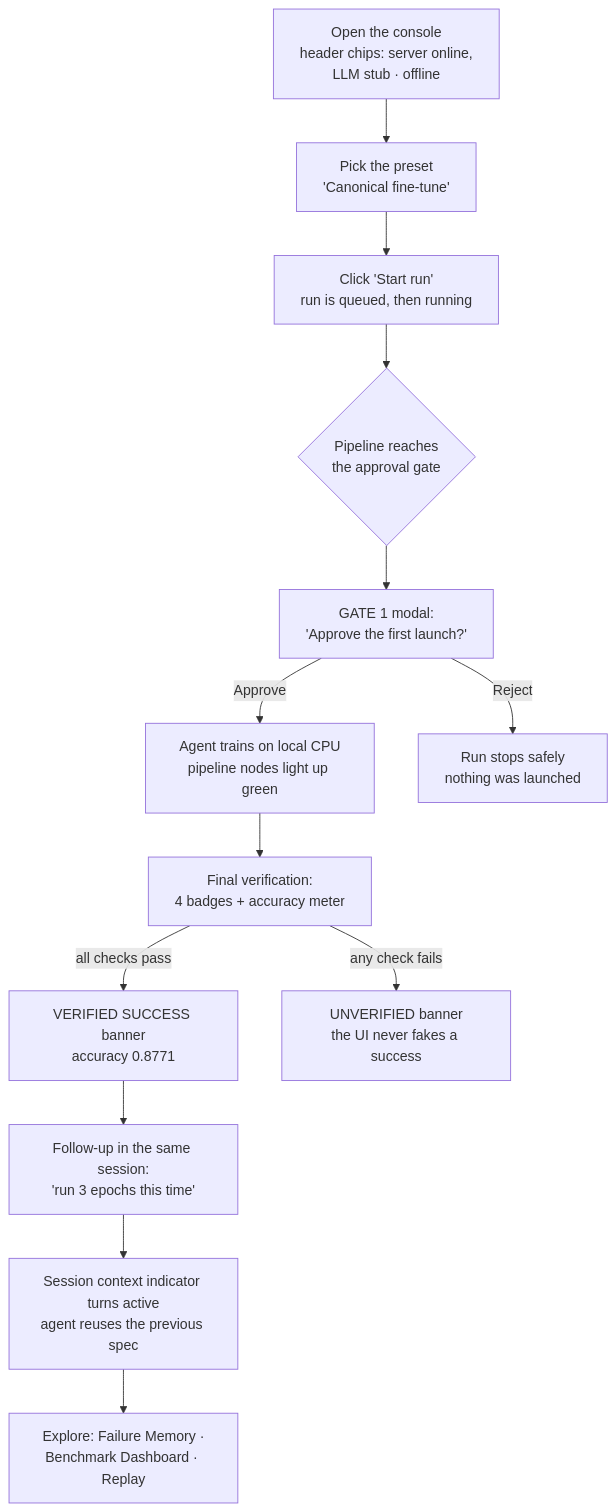
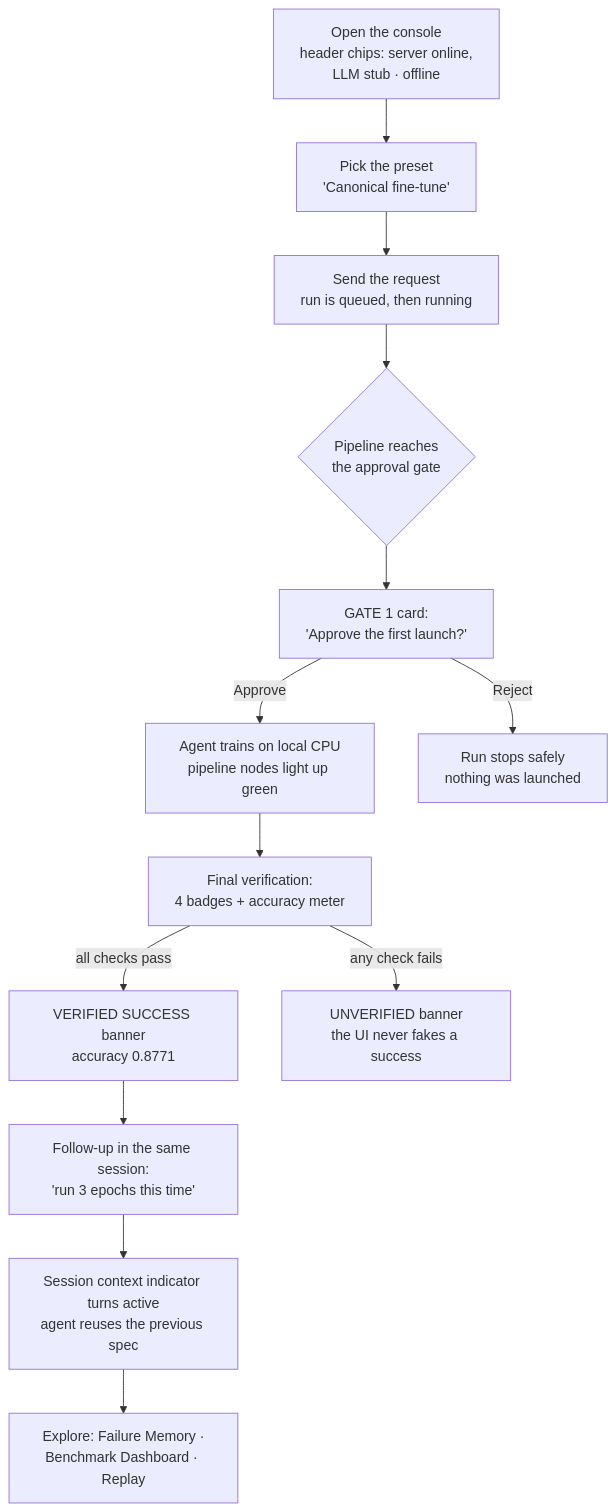
Before and after one commit to Terrywu0208/trainpilot-local: the first of 2 diagrams in docs/OPERATIONS.md, drawn with Mermaid. The commit also changed other lines of this file and 2 other files, not shown here.

Commit message:
ChatGPT-style two-pane console: process diagram left, chat right

````diff
--- a/docs/OPERATIONS.md
+++ b/docs/OPERATIONS.md
@@ -467,15 +474,15 @@
 ```mermaid
 flowchart TD
     A[Open the console<br/>header chips: server online,<br/>LLM stub · offline] --> B[Pick the preset<br/>'Canonical fine-tune']
-    B --> C[Click 'Start run'<br/>run is queued, then running]
+    B --> C[Send the request<br/>run is queued, then running]
     C --> D{Pipeline reaches<br/>the approval gate}
-    D --> E[GATE 1 modal:<br/>'Approve the first launch?']
+    D --> E[GATE 1 card:<br/>'Approve the first launch?']
     E -->|Approve| F[Agent trains on local CPU<br/>pipeline nodes light up green]
     E -->|Reject| Z[Run stops safely<br/>nothing was launched]
     F --> G[Final verification:<br/>4 badges + accuracy meter]
     G -->|all checks pass| H[VERIFIED SUCCESS banner<br/>accuracy 0.8771]
     G -->|any check fails| I[UNVERIFIED banner<br/>the UI never fakes a success]
     H --> J[Follow-up in the same session:<br/>'run 3 epochs this time']
     J --> K[Session context indicator turns active<br/>agent reuses the previous spec]
     K --> L[Explore: Failure Memory ·<br/>Benchmark Dashboard · Replay]
 ```
````
